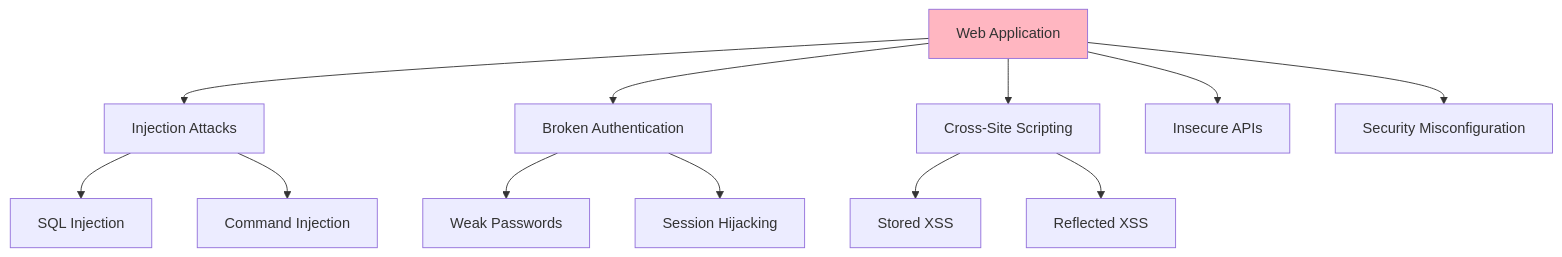
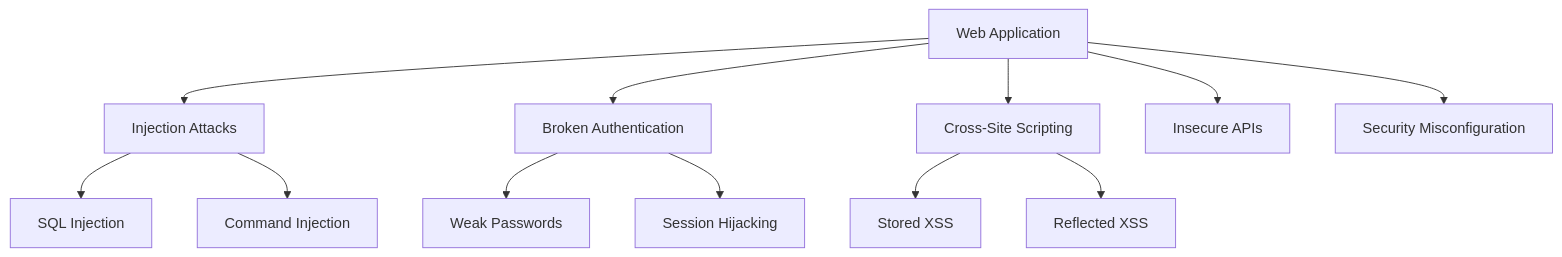
One commit to 4gh0rn/dev-blog changed the third of 4 diagrams in docs/projects/juice-shop-meister.md. Above: the diagram before and after it, drawn with Mermaid. The commit also changed other lines of this file and 17 other files, not shown here.

````diff
--- a/docs/projects/juice-shop-meister.md
+++ b/docs/projects/juice-shop-meister.md
@@ -95,19 +88,17 @@
 ```mermaid
 graph TB
     A[Web Application] --> B[Injection Attacks]
     A --> C[Broken Authentication]
     A --> D[Cross-Site Scripting]
     A --> E[Insecure APIs]
     A --> F[Security Misconfiguration]
     
     B --> B1[SQL Injection]
     B --> B2[Command Injection]
     
     C --> C1[Weak Passwords]
     C --> C2[Session Hijacking]
     
     D --> D1[Stored XSS]
     D --> D2[Reflected XSS]
-    
-    style A fill:#FFB6C1
 ```
````
